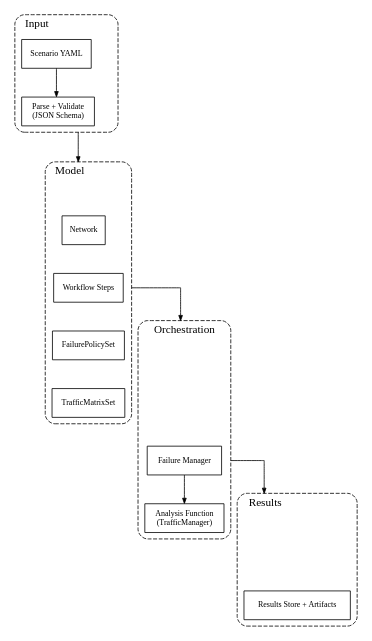
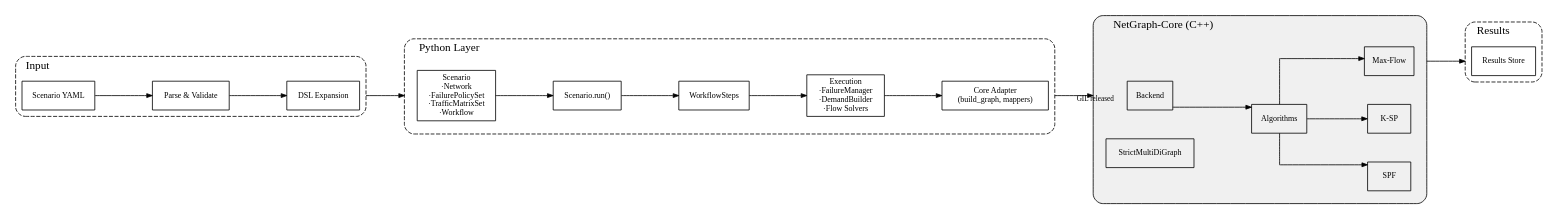
Before and after one commit to networmix/NetGraph: the diagram in docs/assets/diagrams/system_pipeline.dot, drawn with Graphviz. The commit also changed 233 other files, not shown here.

```diff
--- a/docs/assets/diagrams/system_pipeline.dot
+++ b/docs/assets/diagrams/system_pipeline.dot
@@ -1,62 +1,76 @@
 digraph SystemPipeline {
-  rankdir=TB;
-  graph [compound=true, newrank=true, splines=ortho, ranksep="0.5", nodesep=0.35, pad=0.04, labelloc="t"];
-  node  [shape=box, fontsize=10, margin="0.06,0.04"];
-  edge  [fontsize=9, arrowsize=0.65];
+  rankdir=LR;
+  graph [compound=true, splines=ortho, ranksep="1.0", nodesep="0.5"];
+  node  [shape=box, fontsize=10, margin="0.08,0.05"];
+  edge  [fontsize=9, arrowsize=0.7];
 
-  // Input
+  // Input Layer
   subgraph cluster_input {
-    label="Input"; labelloc="t"; labeljust="l"; style="rounded,dashed";
-    a  [label="Scenario YAML"];
-    b  [label="Parse + Validate\n(JSON Schema)"];
-    a -> b;
-    ia [label="", shape=point, width=0, height=0, style=invis];
-    { rank=min; ia; }
+    label="Input"; labeljust="l"; style="rounded,dashed";
+    yaml  [label="Scenario YAML"];
+    parse [label="Parse & Validate"];
+    expand [label="DSL Expansion"];
+    yaml -> parse -> expand;
   }
 
-  // Model
-  subgraph cluster_model {
-    label="Model"; labelloc="t"; labeljust="l"; style="rounded,dashed";
-    c  [label="Network"];
-    fp [label="FailurePolicySet"];
-    tm [label="TrafficMatrixSet"];
-    wf [label="Workflow Steps"];
-    // vertical tighten: invisible ordering
-    c  -> wf [style=invis];
-    wf -> fp [style=invis];
-    fp -> tm [style=invis];
-    ma [label="", shape=point, width=0, height=0, style=invis];
+  // Python Layer - Model
+  subgraph cluster_python {
+    label="Python Layer"; labeljust="l"; style="rounded,dashed";
+
+    subgraph cluster_model {
+      label=""; style=invis;
+      scenario [label="Scenario\n·Network\n·FailurePolicySet\n·TrafficMatrixSet\n·Workflow", shape=box];
+    }
+
+    subgraph cluster_exec {
+      label=""; style=invis;
+      engine [label="Scenario.run()"];
+      steps [label="WorkflowSteps"];
+      exec [label="Execution\n·FailureManager\n·DemandBuilder\n·Flow Solvers"];
+      engine -> steps -> exec;
+    }
+
+    adapter [label="Core Adapter\n(build_graph, mappers)"];
+
+    scenario -> engine;
+    exec -> adapter;
   }
 
-  // Orchestration
-  subgraph cluster_orchestration {
-    label="Orchestration"; labelloc="t"; labeljust="l"; style="rounded,dashed";
-    fm [label="Failure Manager"];
-    af [label="Analysis Function\n(TrafficManager)"];
-    fm -> af;
-    oa [label="", shape=point, width=0, height=0, style=invis];
+  // C++ Core Layer
+  subgraph cluster_core {
+    label="NetGraph-Core (C++)"; labeljust="l"; style="rounded,filled"; fillcolor="#f0f0f0";
+
+    subgraph cluster_graph {
+      label=""; style=invis;
+      core_backend [label="Backend"];
+      core_graph [label="StrictMultiDiGraph"];
+      { rank=same; core_backend; core_graph; }
+    }
+
+    subgraph cluster_algs {
+      label=""; style=invis;
+      core_algs [label="Algorithms"];
+      core_spf [label="SPF"];
+      core_ksp [label="K-SP"];
+      core_maxf [label="Max-Flow"];
+      core_algs -> core_spf;
+      core_algs -> core_ksp;
+      core_algs -> core_maxf;
+      { rank=same; core_spf; core_ksp; core_maxf; }
+    }
+
+    core_backend -> core_algs;
+    core_graph -> core_algs [style=invis];
   }
 
-  // Results
+  // Results Layer
   subgraph cluster_results {
-    label="Results"; labelloc="t"; labeljust="l"; style="rounded,dashed";
-    i  [label="Results Store + Artifacts"];
-    ra [label="", shape=point, width=0, height=0, style=invis];
+    label="Results"; labeljust="l"; style="rounded,dashed";
+    results [label="Results Store"];
   }
 
-  // Layering (top→bottom)
-  { rank=same; ma; }
-  ia -> ma [style=invis, weight=100, minlen=3];
-  ma -> oa [style=invis, weight=100, minlen=3];
-  oa -> ra [style=invis, weight=100, minlen=3];
-  { rank=max; ra; }
-
-  // Input → Model
-  b  -> c  [ltail=cluster_input, lhead=cluster_model, minlen=3];
-
-  // Model → Orchestration
-  wf -> fm [ltail=cluster_model, lhead=cluster_orchestration, minlen=3];
-
-  // Orchestration → Results
-  fm -> i [ltail=cluster_orchestration, lhead=cluster_results, minlen=3];
+  // Main flow
+  expand -> scenario [lhead=cluster_python, ltail=cluster_input];
+  adapter -> core_backend [lhead=cluster_core, ltail=cluster_python, xlabel="GIL released"];
+  core_maxf -> results [ltail=cluster_core, lhead=cluster_results];
 }
```
